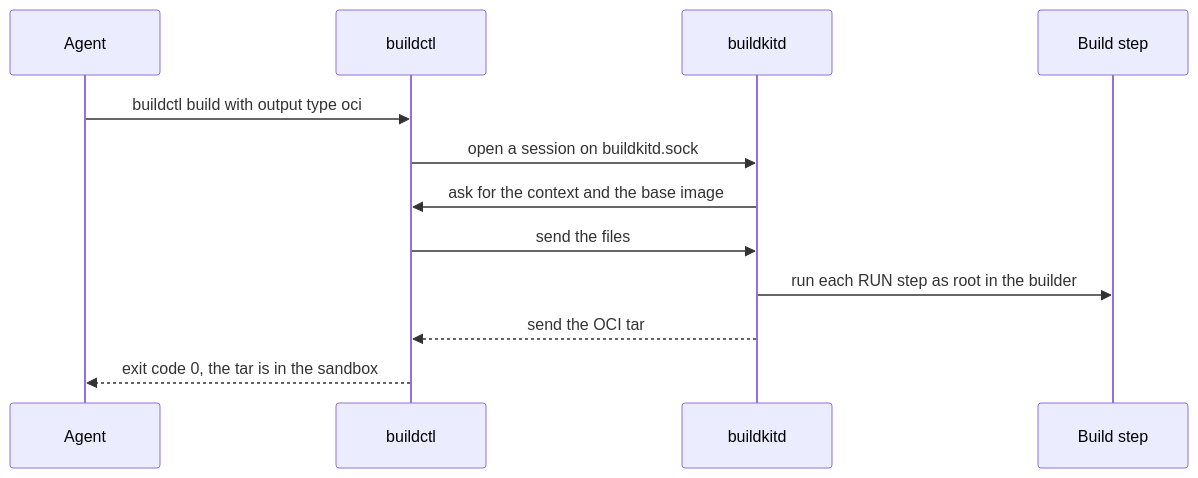
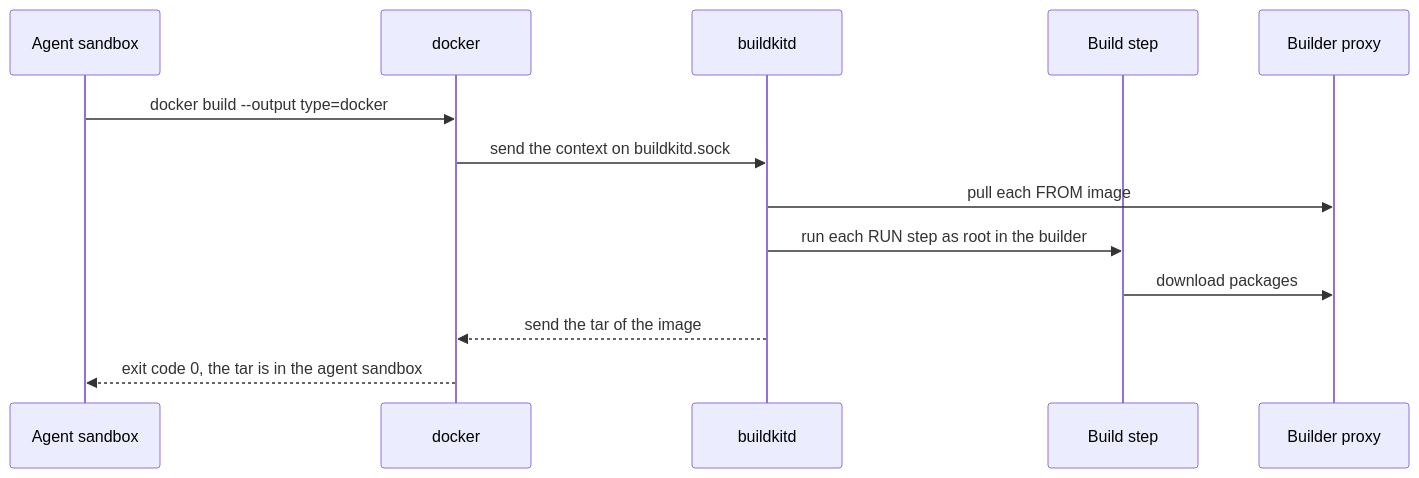
The fifth of 6 diagrams in .sandbox/docs/internals.md (raghav19/engineersdaybook), drawn with Mermaid before and after one commit. The commit also changed other lines of this file and 27 other files, not shown here.

First line of the commit message:
sandbox: build with docker and buildx, push with crane, through a builder proxy (#323)

````diff
--- a/.sandbox/docs/internals.md
+++ b/.sandbox/docs/internals.md
@@ -113,14 +136,15 @@
 ```mermaid
 sequenceDiagram
-    participant Agent
-    participant buildctl
+    participant Agent as Agent sandbox
+    participant docker
     participant buildkitd
     participant Step as Build step
-    Agent->>buildctl: buildctl build with output type oci
-    buildctl->>buildkitd: open a session on buildkitd.sock
-    buildkitd->>buildctl: ask for the context and the base image
-    buildctl->>buildkitd: send the files
+    participant BP as Builder proxy
+    Agent->>docker: docker build --output type=docker
+    docker->>buildkitd: send the context on buildkitd.sock
+    buildkitd->>BP: pull each FROM image
     buildkitd->>Step: run each RUN step as root in the builder
-    buildkitd-->>buildctl: send the OCI tar
-    buildctl-->>Agent: exit code 0, the tar is in the sandbox
+    Step->>BP: download packages
+    buildkitd-->>docker: send the tar of the image
+    docker-->>Agent: exit code 0, the tar is in the agent sandbox
 ```
````
